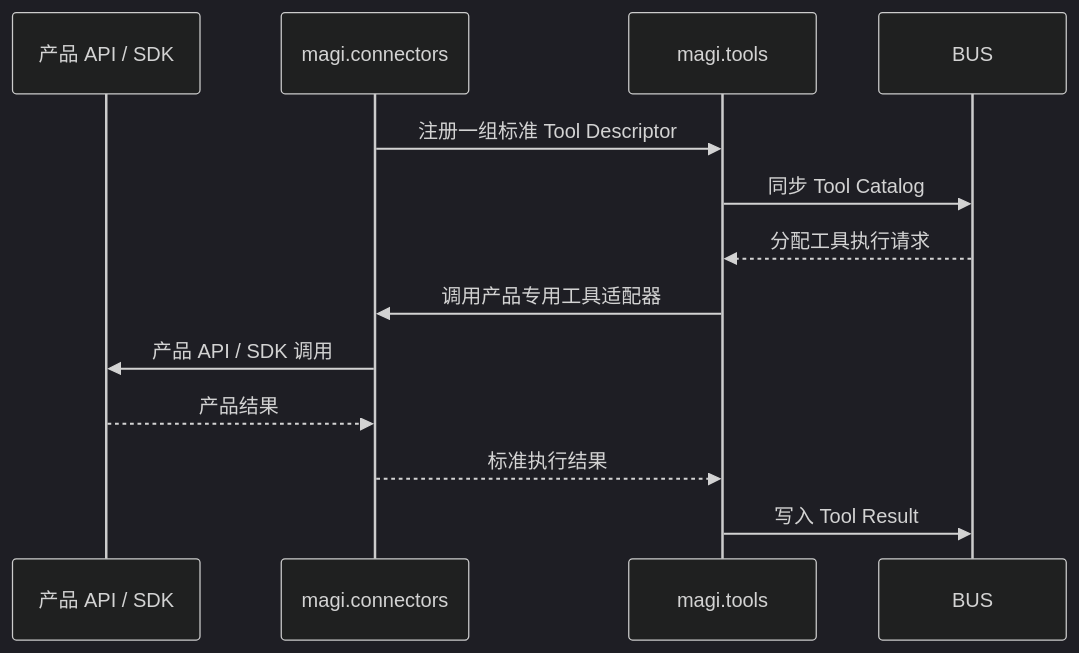
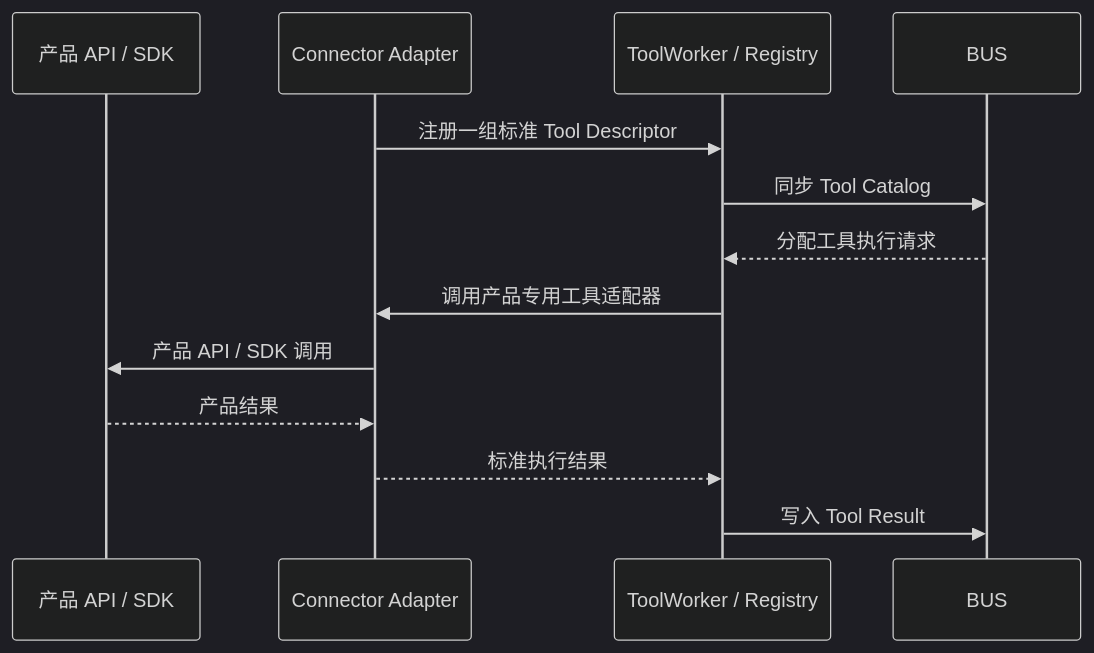
The fifth of 6 diagrams in docs/MAGI_MODULE_RESPONSIBILITIES_AND_DEPENDENCIES.md (realTaki/MAGI), drawn with Mermaid (dark theme) before and after one commit. The commit also changed other lines of this file, not shown here.

Commit message:
docs: clarify tool adapter dependency inversion

````diff
--- a/docs/MAGI_MODULE_RESPONSIBILITIES_AND_DEPENDENCIES.md
+++ b/docs/MAGI_MODULE_RESPONSIBILITIES_AND_DEPENDENCIES.md
@@ -598,16 +615,16 @@
 ```mermaid
 sequenceDiagram
     participant PRODUCT as 产品 API / SDK
-    participant CONN as magi.connectors
-    participant TOOLS as magi.tools
+    participant CONN as Connector Adapter
+    participant TOOLS as ToolWorker / Registry
     participant BUS as BUS
 
     CONN->>TOOLS: 注册一组标准 Tool Descriptor
     TOOLS->>BUS: 同步 Tool Catalog
     BUS-->>TOOLS: 分配工具执行请求
     TOOLS->>CONN: 调用产品专用工具适配器
     CONN->>PRODUCT: 产品 API / SDK 调用
     PRODUCT-->>CONN: 产品结果
     CONN-->>TOOLS: 标准执行结果
     TOOLS->>BUS: 写入 Tool Result
 ```
````
